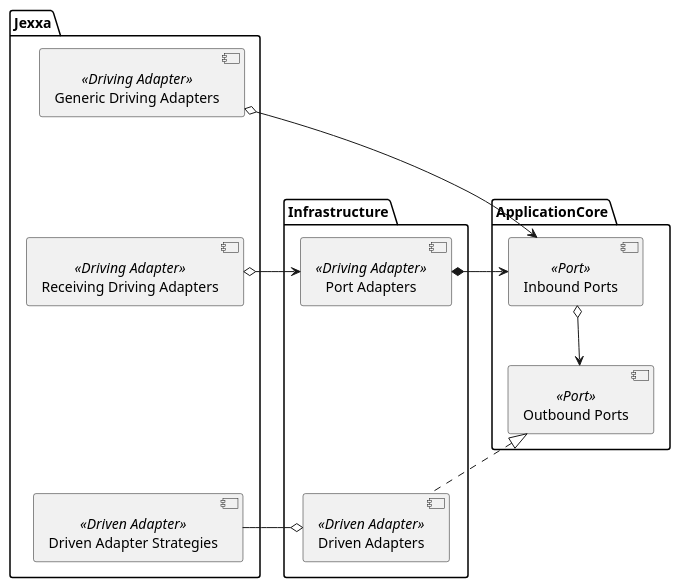
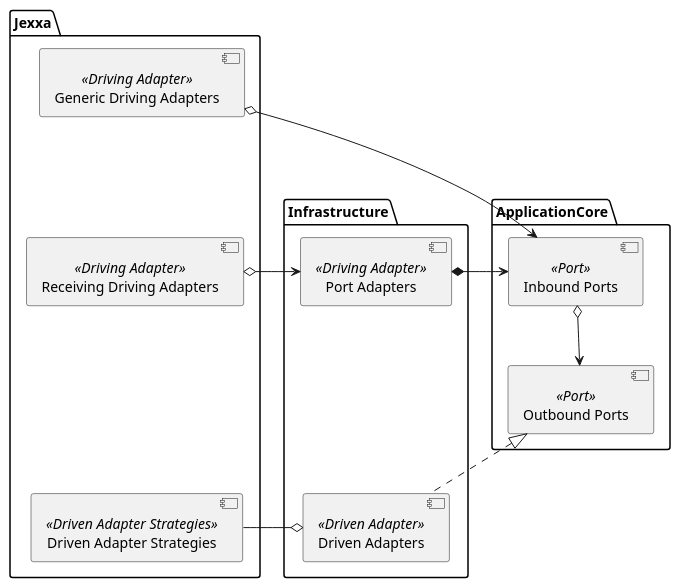
The diagram in doc/jexxa.adoc (jexxa-projects/Jexxa), drawn with PlantUML before and after one commit. The commit also changed 1 other file, not shown here.

Commit message:
* Updated docu and comments

```diff
--- a/doc/jexxa.adoc
+++ b/doc/jexxa.adoc
@@ -154,38 +154,38 @@
 [plantuml, diagram-components, svg, align=center]
 ....
 skinparam PackagePadding 20
 
 package Jexxa {
 [Generic Driving Adapters]  <<Driving Adapter>>
 [Receiving Driving Adapters] <<Driving Adapter>>
-[Driven Adapter Strategies] <<Driven Adapter>>
+[Driven Adapter Strategies] <<Driven Adapter Strategies>>
 }
 
 package ApplicationCore {
 [Inbound Ports] <<Port>>
 [Outbound Ports] <<Port>>
 }
 
 
 package Infrastructure {
 [Port Adapters] <<Driving Adapter>>
 [Driven Adapters] <<Driven Adapter>>
 }
 
 
 [Receiving Driving Adapters] o-right-> [Port Adapters]
 [Generic Driving Adapters] o-right-> [Inbound Ports]
 
 [Port Adapters] *-right-> [Inbound Ports]
 [Inbound Ports] o-down-> [Outbound Ports]
 [Outbound Ports] <|.. [Driven Adapters]
 [Driven Adapters] o-left-[Driven Adapter Strategies]
 
 
 [Generic Driving Adapters] -[hidden]- [Port Adapters]
 [Generic Driving Adapters] --[hidden]- [Receiving Driving Adapters]
 [Receiving Driving Adapters] -[hidden]-- [Driven Adapter Strategies]
 [Port Adapters] -[hidden]-- [Driven Adapters]
 
 
 ....
```
